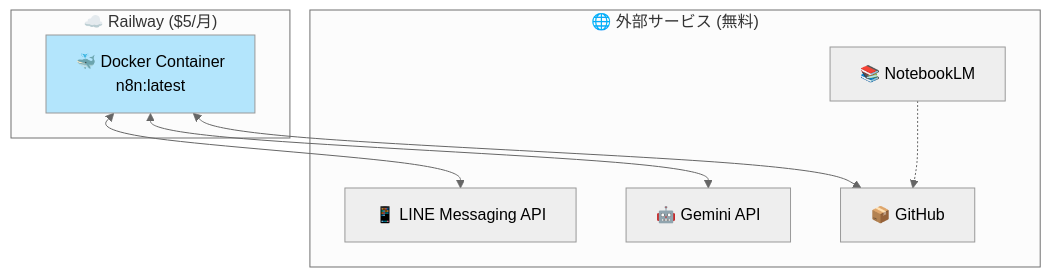
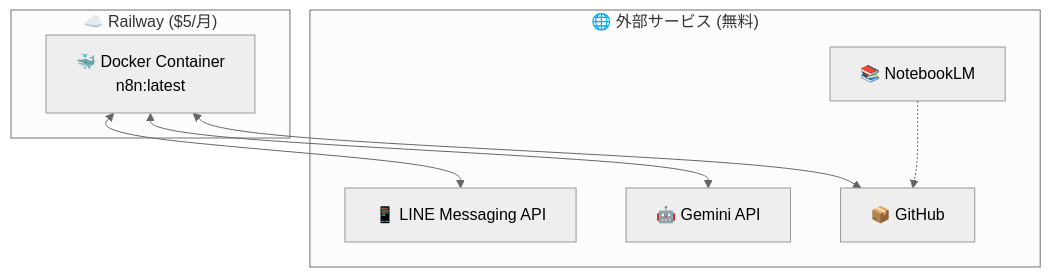
Before and after one commit to ramenumaiwhy/knowledge-chat2: the fourth of 8 diagrams in app-flow-diagram.md, drawn with Mermaid (neutral theme). The commit also changed other lines of this file and 34 other files, not shown here.

````diff
--- a/app-flow-diagram.md
+++ b/app-flow-diagram.md
@@ -64,20 +53,18 @@
 ```mermaid
 graph TB
     subgraph "☁️ Railway ($5/月)"
         A[🐳 Docker Container<br/>n8n:latest]
     end
     
     subgraph "🌐 外部サービス (無料)"
         B[📱 LINE Messaging API]
         C[🤖 Gemini API]
         D[📦 GitHub]
         E[📚 NotebookLM]
     end
     
     A <--> B
     A <--> C
     A <--> D
     E -.-> D
-    
-    style A fill:#b3e5fc
 ```
````
